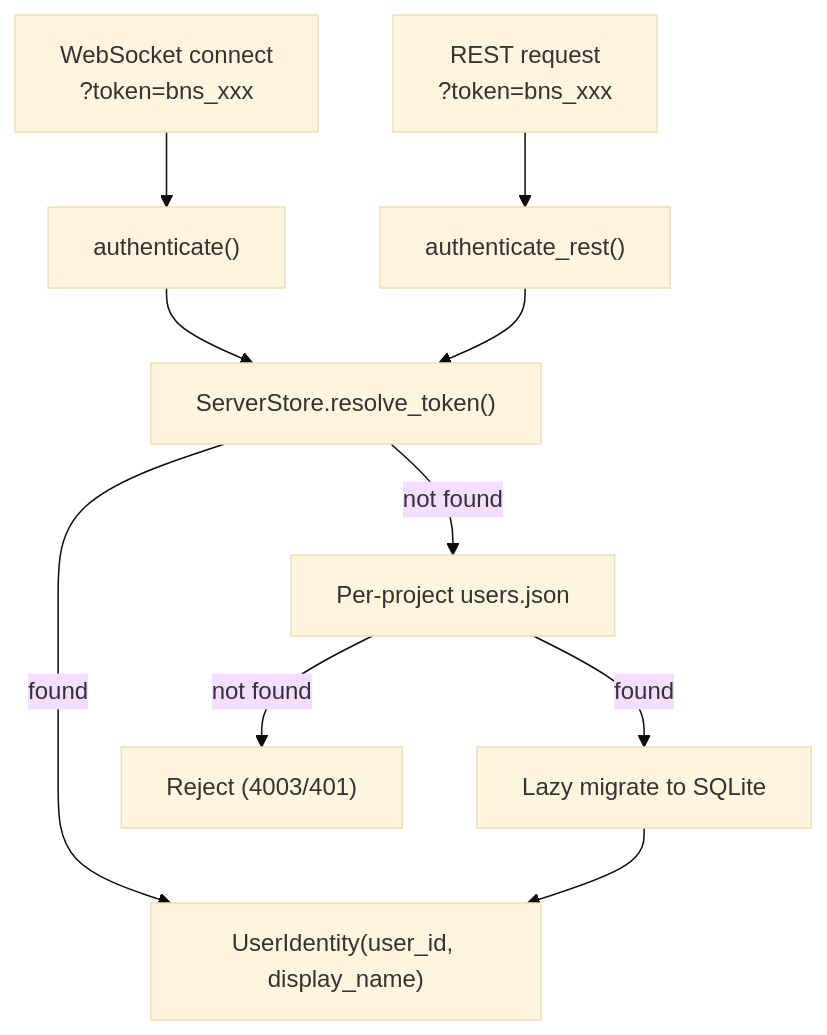
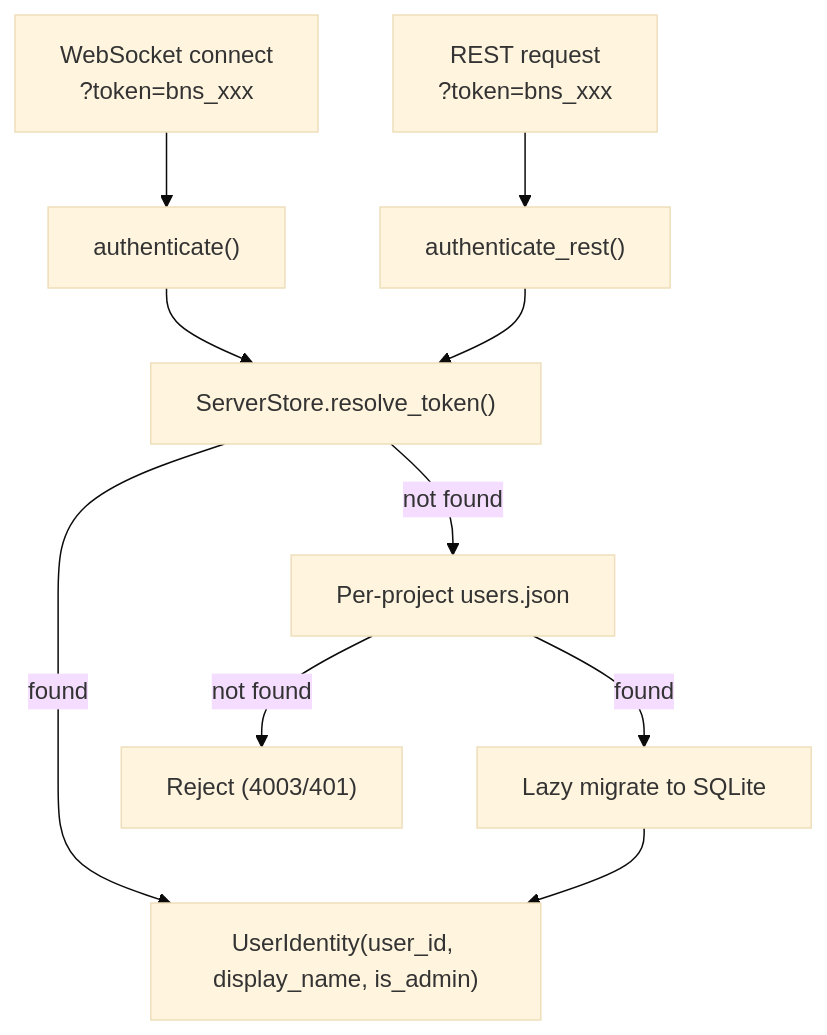
The diagram in backend/app/rpc/AUTH_MIGRATION.md (JetBrains/thinkrail), drawn with Mermaid (base theme) before and after one commit. The commit also changed other lines of this file and 27 other files, not shown here.

First line of the commit message:
feat: admin role system with first-user bootstrap

````diff
--- a/backend/app/rpc/AUTH_MIGRATION.md
+++ b/backend/app/rpc/AUTH_MIGRATION.md
@@ -11,16 +11,16 @@
 ```mermaid
 graph TD
     WS["WebSocket connect\n?token=bns_xxx"] --> Auth["authenticate()"]
     REST["REST request\n?token=bns_xxx"] --> AuthREST["authenticate_rest()"]
 
     Auth --> SQLite["ServerStore.resolve_token()"]
     AuthREST --> SQLite
 
-    SQLite -->|found| Identity["UserIdentity(user_id, display_name)"]
+    SQLite -->|found| Identity["UserIdentity(user_id, display_name, is_admin)"]
     SQLite -->|not found| Fallback["Per-project users.json"]
 
     Fallback -->|found| Migrate["Lazy migrate to SQLite"]
     Fallback -->|not found| Reject["Reject (4003/401)"]
 
     Migrate --> Identity
 ```
````
